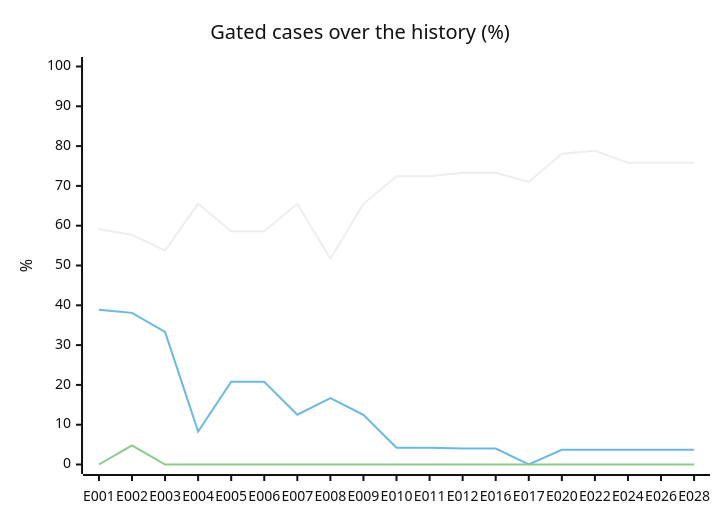
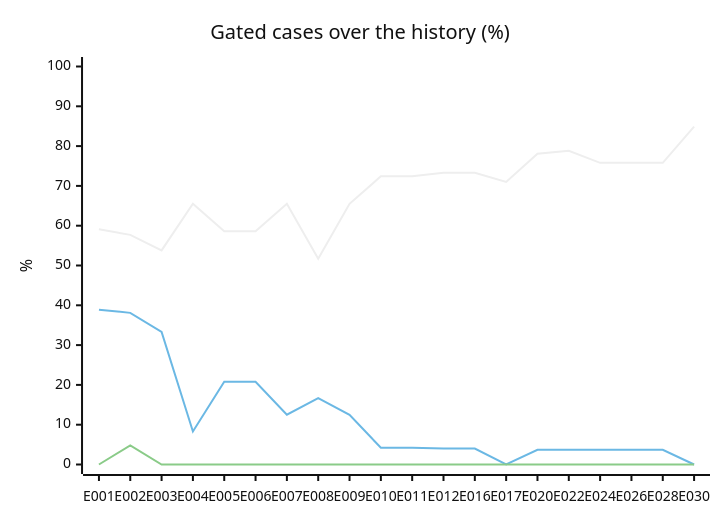
Before and after one commit to acarbonellb/anti-fraud-agent: the second of 2 diagrams in evals/report.md, drawn with Mermaid (neutral theme). The commit also changed other lines of this file and 128 other files, not shown here.

````diff
--- a/evals/report.md
+++ b/evals/report.md
@@ -149,9 +155,9 @@
 ```mermaid
 xychart-beta
   title "Gated cases over the history (%)"
-  x-axis [E001, E002, E003, E004, E005, E006, E007, E008, E009, E010, E011, E012, E016, E017, E020, E022, E024, E026, E028]
+  x-axis [E001, E002, E003, E004, E005, E006, E007, E008, E009, E010, E011, E012, E016, E017, E020, E022, E024, E026, E028, E030]
   y-axis "%" 0 --> 100
-  line [59.1, 57.7, 53.8, 65.5, 58.6, 58.6, 65.5, 51.7, 65.5, 72.4, 72.4, 73.3, 73.3, 71, 78.1, 78.8, 75.8, 75.8, 75.8]
-  line [38.9, 38.1, 33.3, 8.3, 20.8, 20.8, 12.5, 16.7, 12.5, 4.2, 4.2, 4, 4, 0, 3.7, 3.7, 3.7, 3.7, 3.7]
-  line [0, 4.8, 0, 0, 0, 0, 0, 0, 0, 0, 0, 0, 0, 0, 0, 0, 0, 0, 0]
+  line [59.1, 57.7, 53.8, 65.5, 58.6, 58.6, 65.5, 51.7, 65.5, 72.4, 72.4, 73.3, 73.3, 71, 78.1, 78.8, 75.8, 75.8, 75.8, 84.9]
+  line [38.9, 38.1, 33.3, 8.3, 20.8, 20.8, 12.5, 16.7, 12.5, 4.2, 4.2, 4, 4, 0, 3.7, 3.7, 3.7, 3.7, 3.7, 0]
+  line [0, 4.8, 0, 0, 0, 0, 0, 0, 0, 0, 0, 0, 0, 0, 0, 0, 0, 0, 0, 0]
 ```
````
